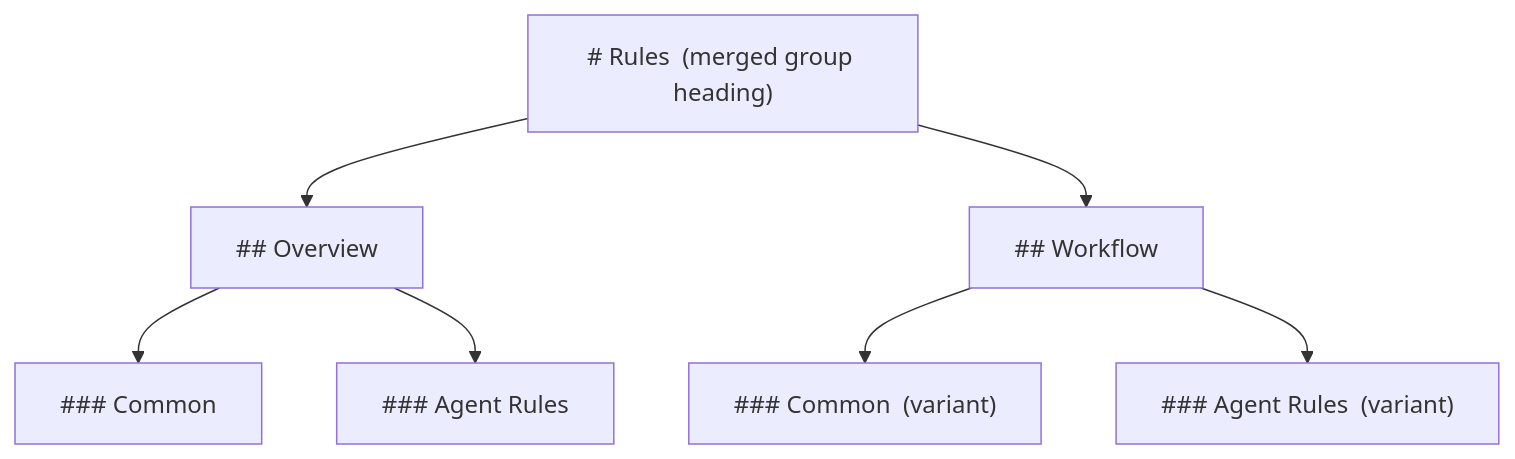
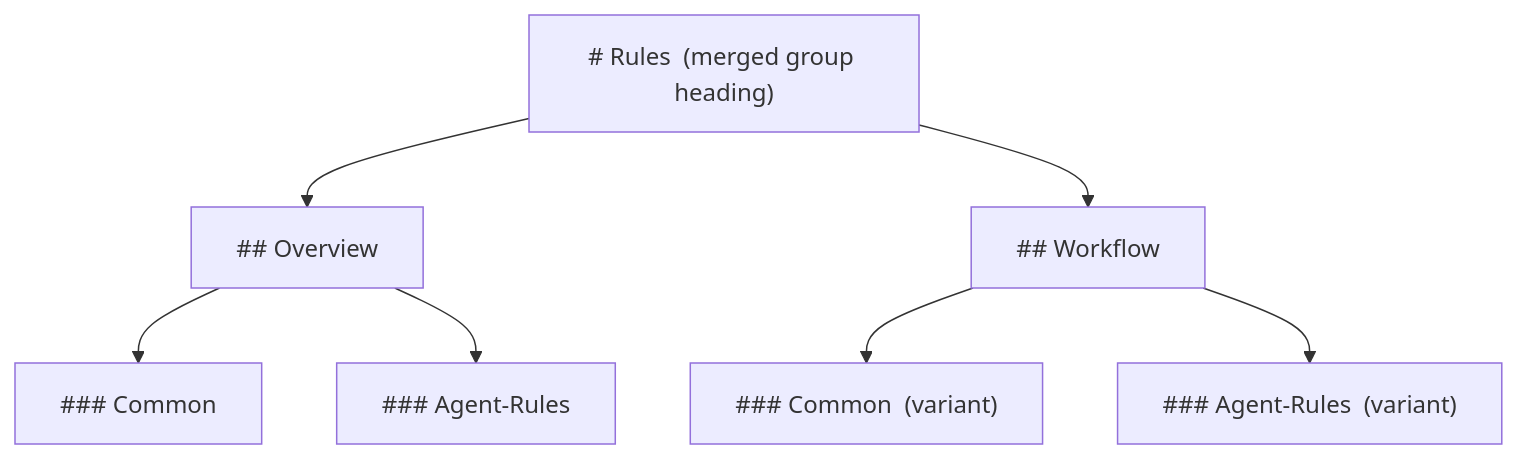
Before and after one commit to m2ux/prosiform: the second of 2 diagrams in docs/hierarchy.md, drawn with Mermaid. The commit also changed other lines of this file, not shown here.

````diff
--- a/docs/hierarchy.md
+++ b/docs/hierarchy.md
@@ -72,10 +72,10 @@
 ```mermaid
 flowchart TD
   G["# Rules &nbsp;(merged group heading)"]
   G --> O["## Overview"]
   O --> M1["### Common"]
-  O --> M2["### Agent Rules"]
+  O --> M2["### Agent-Rules"]
   G --> S["## Workflow"]
   S --> V1["### Common &nbsp;(variant)"]
-  S --> V2["### Agent Rules &nbsp;(variant)"]
+  S --> V2["### Agent-Rules &nbsp;(variant)"]
 ```
````
